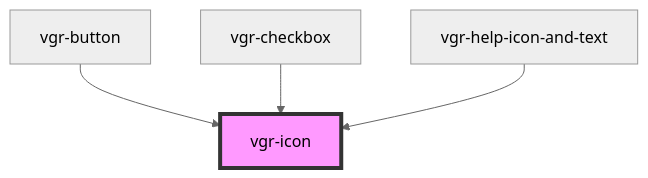
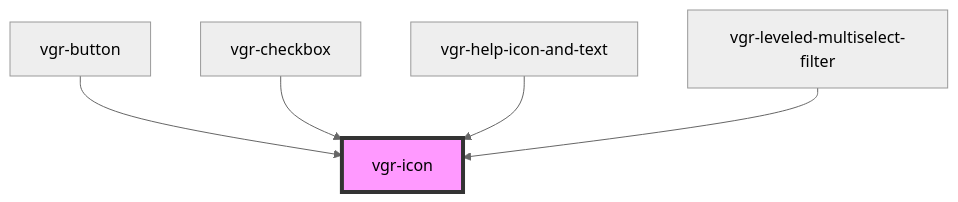
The diagram in packages/core/src/components/vgr-icon/readme.md (Vastra-Gotalandsregionen/vgr-components), drawn with Mermaid (neutral theme) before and after one commit. The commit also changed other lines of this file and 5 other files, not shown here.

Commit message:
Add stories for Checkbox and MultiselectFilter

````diff
--- a/packages/core/src/components/vgr-icon/readme.md
+++ b/packages/core/src/components/vgr-icon/readme.md
@@ -25,7 +26,8 @@
 ```mermaid
 graph TD;
   vgr-button --> vgr-icon
   vgr-checkbox --> vgr-icon
   vgr-help-icon-and-text --> vgr-icon
+  vgr-leveled-multiselect-filter --> vgr-icon
   style vgr-icon fill:#f9f,stroke:#333,stroke-width:4px
 ```
````
